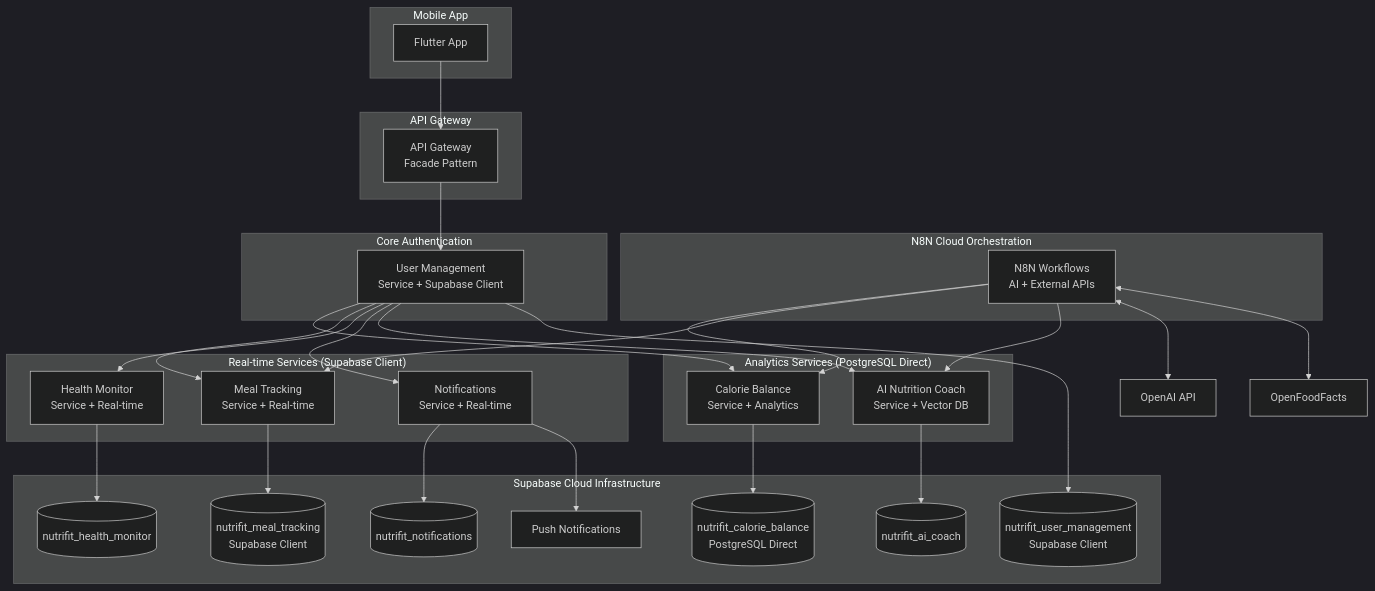
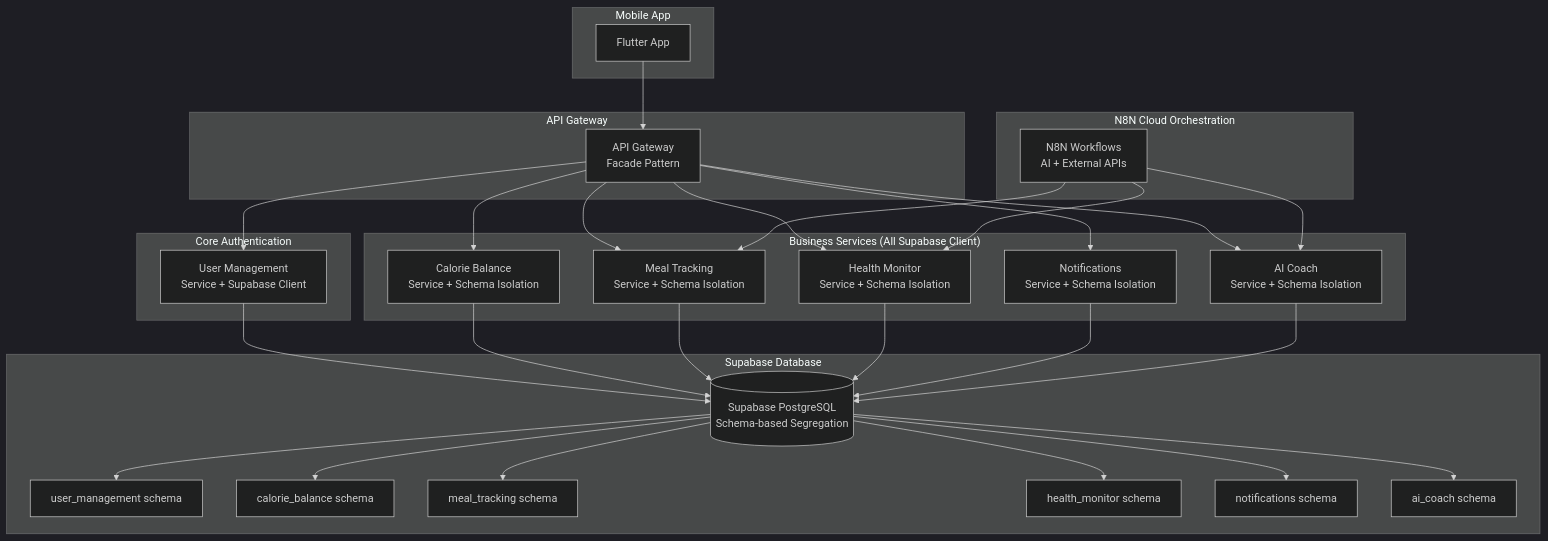
The diagram in docs/microservizi_python.md (giamma80/gymbro-platform), drawn with Mermaid (dark theme) before and after one commit. The commit also changed other lines of this file and 13 other files, not shown here.

````diff
--- a/docs/microservizi_python.md
+++ b/docs/microservizi_python.md
@@ -75,61 +139,62 @@
 ```mermaid
 graph TB
     subgraph "Mobile App"
         FLUTTER[Flutter App]
     end
     
     subgraph "API Gateway"
         GATEWAY[API Gateway<br/>Facade Pattern]
     end
     
     subgraph "N8N Cloud Orchestration"
         N8N[N8N Workflows<br/>AI + External APIs]
     end
     
     subgraph "Core Authentication"
         UM[User Management<br/>Service + Supabase Client]
     end
     
-    subgraph "Real-time Services (Supabase Client)"
-        MT[Meal Tracking<br/>Service + Real-time]
-        HM[Health Monitor<br/>Service + Real-time]
-        NS[Notifications<br/>Service + Real-time]
+    subgraph "Business Services (All Supabase Client)"
+        CB[Calorie Balance<br/>Service + Schema Isolation]
+        MT[Meal Tracking<br/>Service + Schema Isolation]
+        HM[Health Monitor<br/>Service + Schema Isolation]
+        NS[Notifications<br/>Service + Schema Isolation]
+        AI[AI Coach<br/>Service + Schema Isolation]
     end
     
-    subgraph "Analytics Services (PostgreSQL Direct)"
-        CB[Calorie Balance<br/>Service + Analytics]
-        AI[AI Nutrition Coach<br/>Service + Vector DB]
-    end
-    
-    subgraph "Supabase Cloud Infrastructure"
-        DB0[(nutrifit_user_management<br/>Supabase Client)]
-        DB1[(nutrifit_calorie_balance<br/>PostgreSQL Direct)]
-        DB2[(nutrifit_meal_tracking<br/>Supabase Client)]
-        DB3[(nutrifit_health_monitor)]
-        DB4[(nutrifit_notifications)]
-        DB5[(nutrifit_ai_coach)]
-        PUSH[Push Notifications]
+    subgraph "Supabase Database"
+        DB[(Supabase PostgreSQL<br/>Schema-based Segregation)]
+        SCH1[user_management schema]
+        SCH2[calorie_balance schema]
+        SCH3[meal_tracking schema]
+        SCH4[health_monitor schema]
+        SCH5[notifications schema]
+        SCH6[ai_coach schema]
     end
     
     FLUTTER --> GATEWAY
     GATEWAY --> UM
-    UM --> CB
-    UM --> MT
-    UM --> HM
-    UM --> NS
-    UM --> AI
+    GATEWAY --> CB
+    GATEWAY --> MT
+    GATEWAY --> HM
+    GATEWAY --> NS
+    GATEWAY --> AI
     
-    N8N --> CB
+    N8N --> AI
     N8N --> MT
-    N8N --> AI
-    N8N <--> OPENAI[OpenAI API]
-    N8N <--> OFF[OpenFoodFacts]
+    N8N --> HM
     
-    UM --> DB0
-    CB --> DB1
-    MT --> DB2
-    HM --> DB3
-    NS --> DB4
-    AI --> DB5
-    NS --> PUSH
+    UM --> DB
+    CB --> DB
+    MT --> DB
+    HM --> DB
+    NS --> DB
+    AI --> DB
+    
+    DB --> SCH1
+    DB --> SCH2
+    DB --> SCH3
+    DB --> SCH4
+    DB --> SCH5
+    DB --> SCH6
 ```
````
